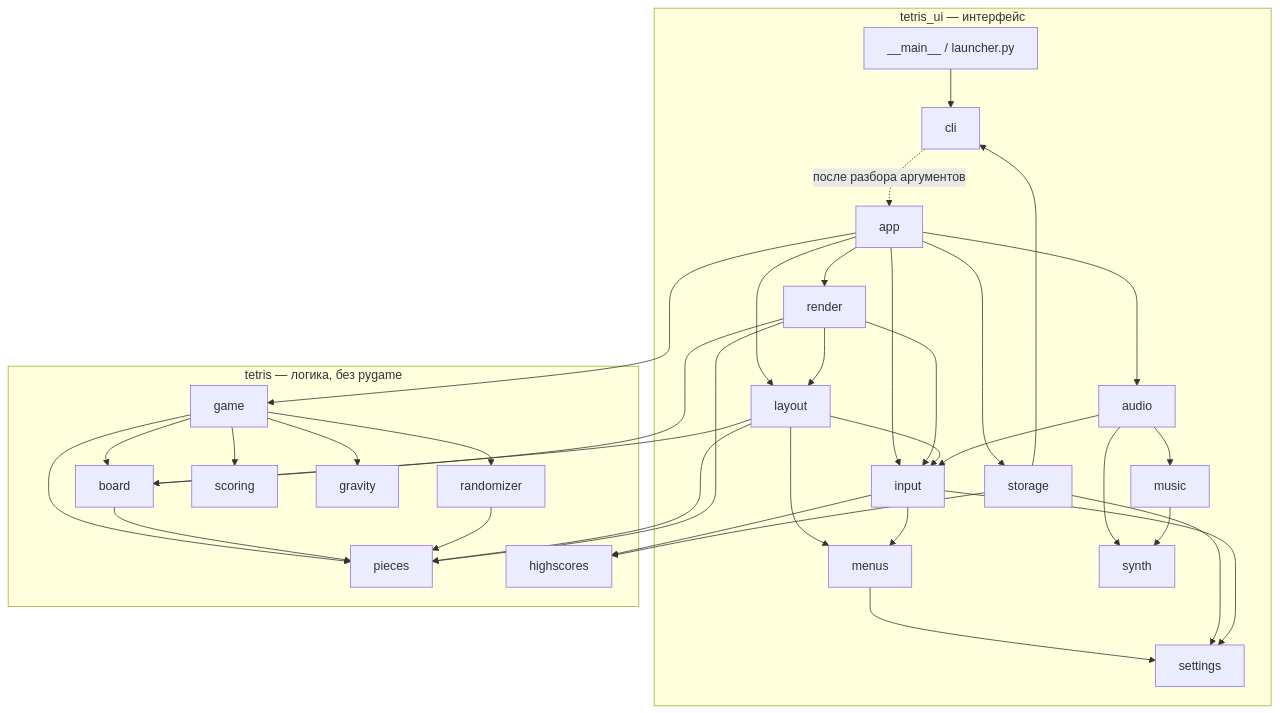
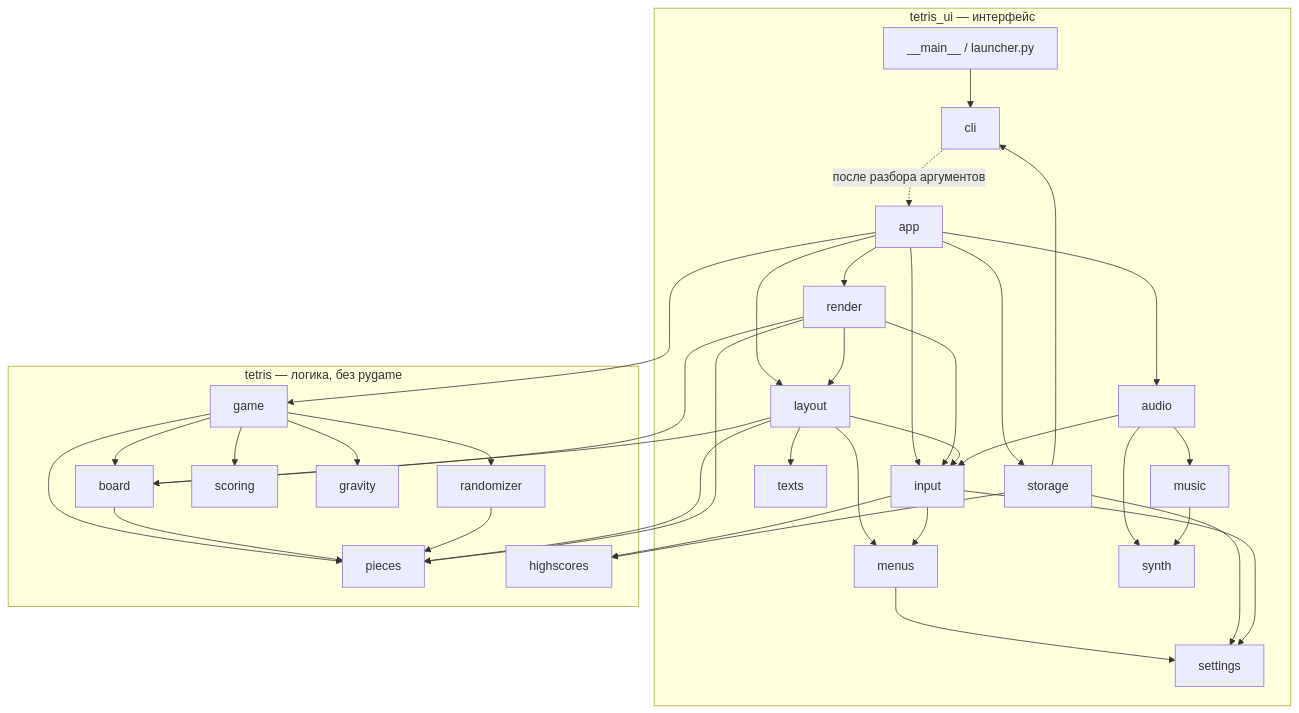
Before and after one commit to gadtakoi/tetris: the first of 3 diagrams in docs/architecture.md, drawn with Mermaid. The commit also changed other lines of this file and 14 other files, not shown here.

````diff
--- a/docs/architecture.md
+++ b/docs/architecture.md
@@ -14,27 +14,27 @@
 ```mermaid
 flowchart TB
     subgraph ui["tetris_ui — интерфейс"]
         main["__main__ / launcher.py"] --> cli
         cli -.->|"после разбора аргументов"| app
         app --> input & render & audio & storage & layout
         render --> layout & input
-        layout --> input & menus
+        layout --> input & menus & texts
         input --> menus
         menus --> settings
         audio --> synth & music & input
         music --> synth
         storage --> settings & cli
         input --> settings
     end
     subgraph logic["tetris — логика, без pygame"]
         game --> board & pieces & randomizer & scoring & gravity
         board --> pieces
         randomizer --> pieces
         highscores
     end
     app --> game
     input --> highscores
     storage --> highscores
     layout --> board & pieces
     render --> board & pieces
 ```
````
